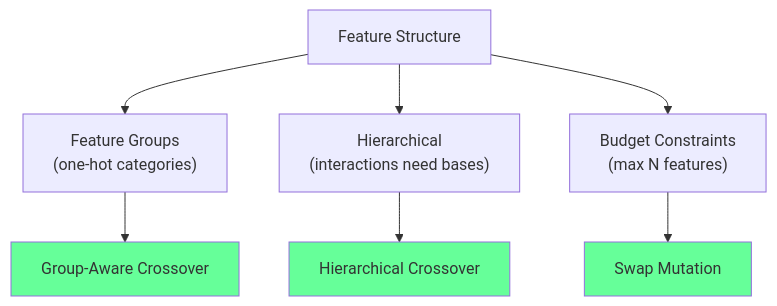
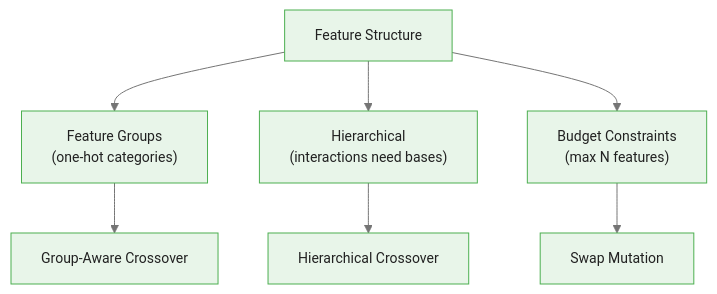
Before and after one commit to m-deane/course-creator: the first of 3 diagrams in courses/genetic-algorithms-feature-selection/modules/module_04_implementation/guides/02_custom_operators_slides.md, drawn with Mermaid. The commit also changed other lines of this file and 52 other files, not shown here.

````diff
--- a/courses/genetic-algorithms-feature-selection/modules/module_04_implementation/guides/02_custom_operators_slides.md
+++ b/courses/genetic-algorithms-feature-selection/modules/module_04_implementation/guides/02_custom_operators_slides.md
@@ -24,12 +24,10 @@
 ```mermaid
+%%{init: {"theme": "base", "themeVariables": {"primaryColor": "#e8f5e9", "primaryBorderColor": "#4caf50", "primaryTextColor": "#212121", "secondaryColor": "#e3f2fd", "tertiaryColor": "#fff8e1", "lineColor": "#757575", "fontFamily": "Inter, sans-serif", "fontSize": "14px"}}}%%
 flowchart TD
     A[Feature Structure] --> B["Feature Groups<br/>(one-hot categories)"]
     A --> C["Hierarchical<br/>(interactions need bases)"]
     A --> D["Budget Constraints<br/>(max N features)"]
     B --> E["Group-Aware Crossover"]
     C --> F["Hierarchical Crossover"]
     D --> G["Swap Mutation"]
-    style E fill:#6f9
-    style F fill:#6f9
-    style G fill:#6f9
 ```
````
